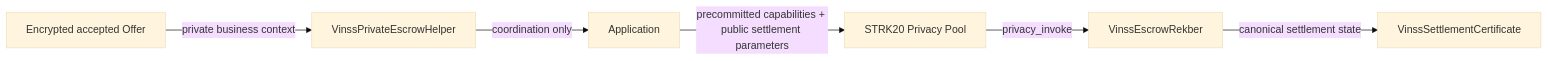
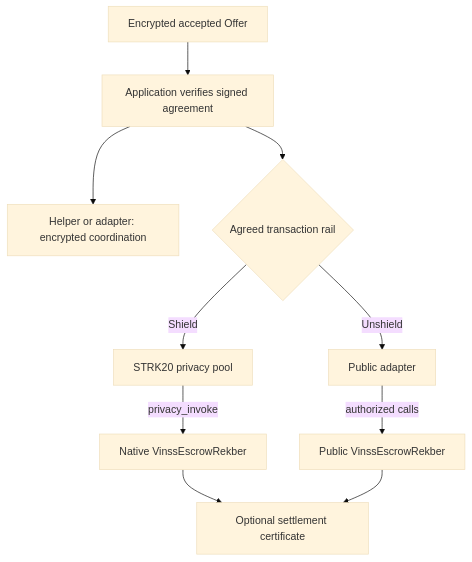
The first of 4 diagrams in docs/technical/smart-contracts/escrow-rekber.md (DXJLabs/vinss), drawn with Mermaid (base theme) before and after one commit. The commit also changed other lines of this file and 14 other files, not shown here.

Commit message:
Clarify Escrow Rekber UI, verify dual-rail lifecycle and refresh architecture diagrams

````diff
--- a/docs/technical/smart-contracts/escrow-rekber.md
+++ b/docs/technical/smart-contracts/escrow-rekber.md
@@ -25,14 +35,21 @@
 ```mermaid
-flowchart LR
-    OFFER[Encrypted accepted Offer]
-    PRIVATE[VinssPrivateEscrowHelper]
-    REKBER[VinssEscrowRekber]
-    POOL[STRK20 Privacy Pool]
-    CERT[VinssSettlementCertificate]
-
-    OFFER -->|private business context| PRIVATE
-    PRIVATE -->|coordination only| APP[Application]
-    APP -->|precommitted capabilities + public settlement parameters| POOL
-    POOL -->|privacy_invoke| REKBER
-    REKBER -->|canonical settlement state| CERT
+flowchart TD
+    OFFER["Encrypted accepted Offer"]
+    APP["Application verifies signed agreement"]
+    PRIVATE["Helper or adapter: encrypted coordination"]
+    RAIL{"Agreed transaction rail"}
+    POOL["STRK20 privacy pool"]
+    ADAPTER["Public adapter"]
+    NATIVE["Native VinssEscrowRekber"]
+    PUBLIC["Public VinssEscrowRekber"]
+    CERT["Optional settlement certificate"]
+    OFFER --> APP
+    APP --> PRIVATE
+    APP --> RAIL
+    RAIL -->|Shield| POOL
+    RAIL -->|Unshield| ADAPTER
+    POOL -->|privacy_invoke| NATIVE
+    ADAPTER -->|authorized calls| PUBLIC
+    NATIVE --> CERT
+    PUBLIC --> CERT
 ```
````
